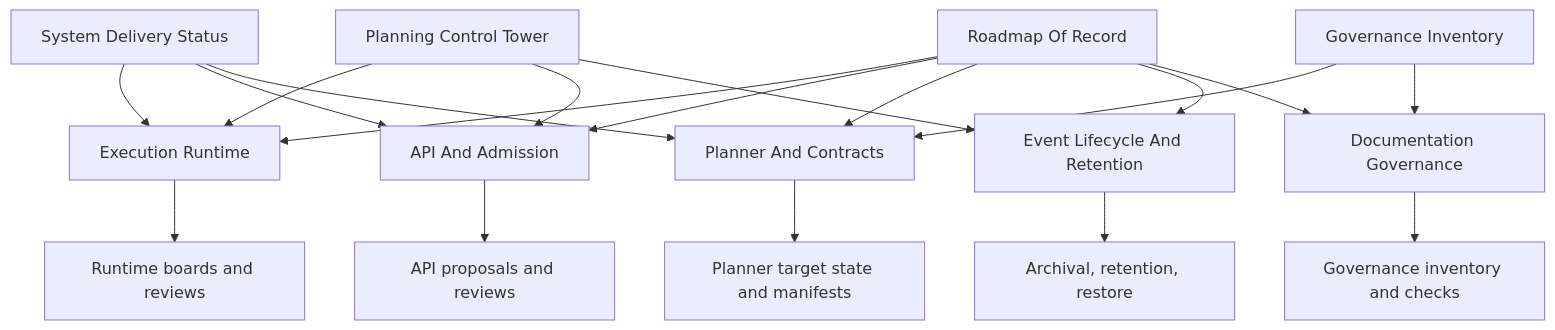
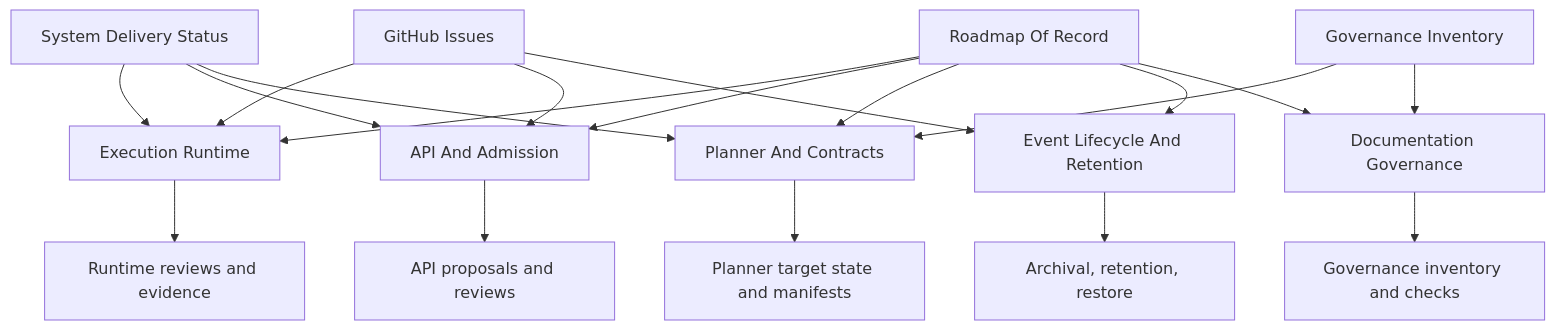
Before and after one commit to dunay2/dvt: the diagram in docs/planning/roadmap/diagrams/planning-domain-map.md, drawn with Mermaid. The commit also changed other lines of this file and 33 other files, not shown here.

````diff
--- a/docs/planning/roadmap/diagrams/planning-domain-map.md
+++ b/docs/planning/roadmap/diagrams/planning-domain-map.md
@@ -14,28 +14,28 @@
 ```mermaid
 flowchart TB
   RR[Roadmap Of Record]
   SD[System Delivery Status]
-  PT[Planning Control Tower]
+  GH[GitHub Issues]
   GI[Governance Inventory]
 
   RR --> EX[Execution Runtime]
   RR --> API[API And Admission]
   RR --> PLC[Planner And Contracts]
   RR --> EVT[Event Lifecycle And Retention]
   RR --> DOC[Documentation Governance]
 
   SD --> EX
   SD --> API
   SD --> PLC
-  PT --> EX
-  PT --> API
-  PT --> EVT
+  GH --> EX
+  GH --> API
+  GH --> EVT
   GI --> PLC
   GI --> DOC
 
-  EX --> EXR[Runtime boards and reviews]
+  EX --> EXR[Runtime reviews and evidence]
   API --> APR[API proposals and reviews]
   PLC --> PLR[Planner target state and manifests]
   EVT --> EVR[Archival, retention, restore]
   DOC --> DOR[Governance inventory and checks]
 ```
````
